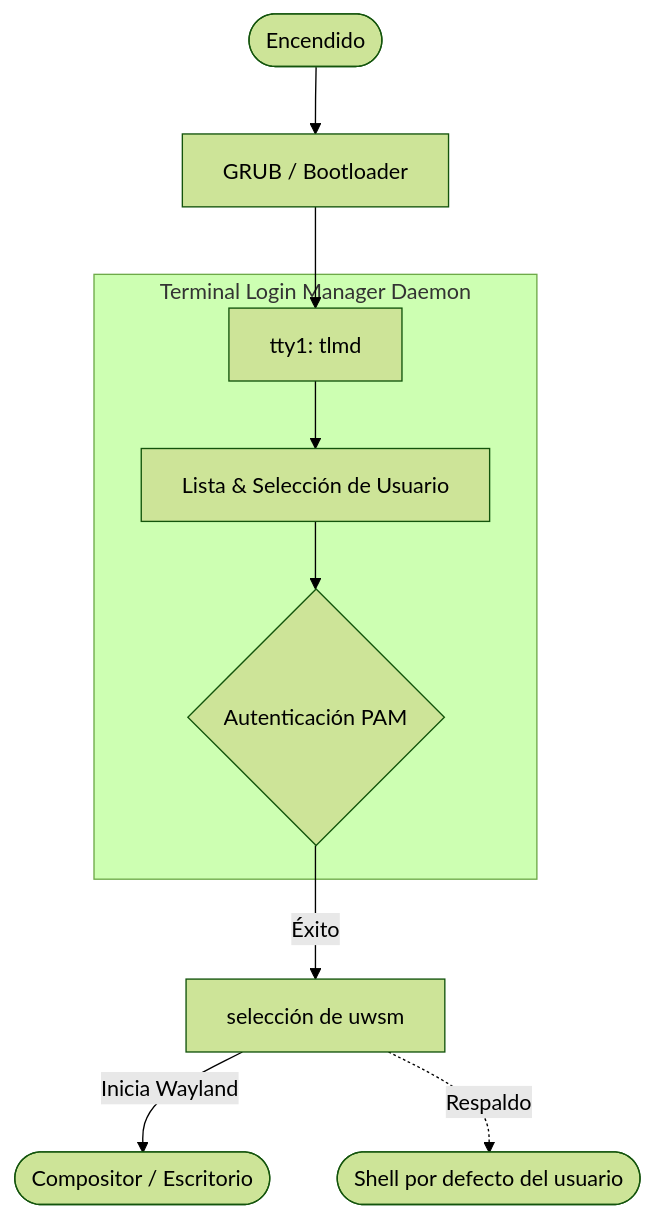
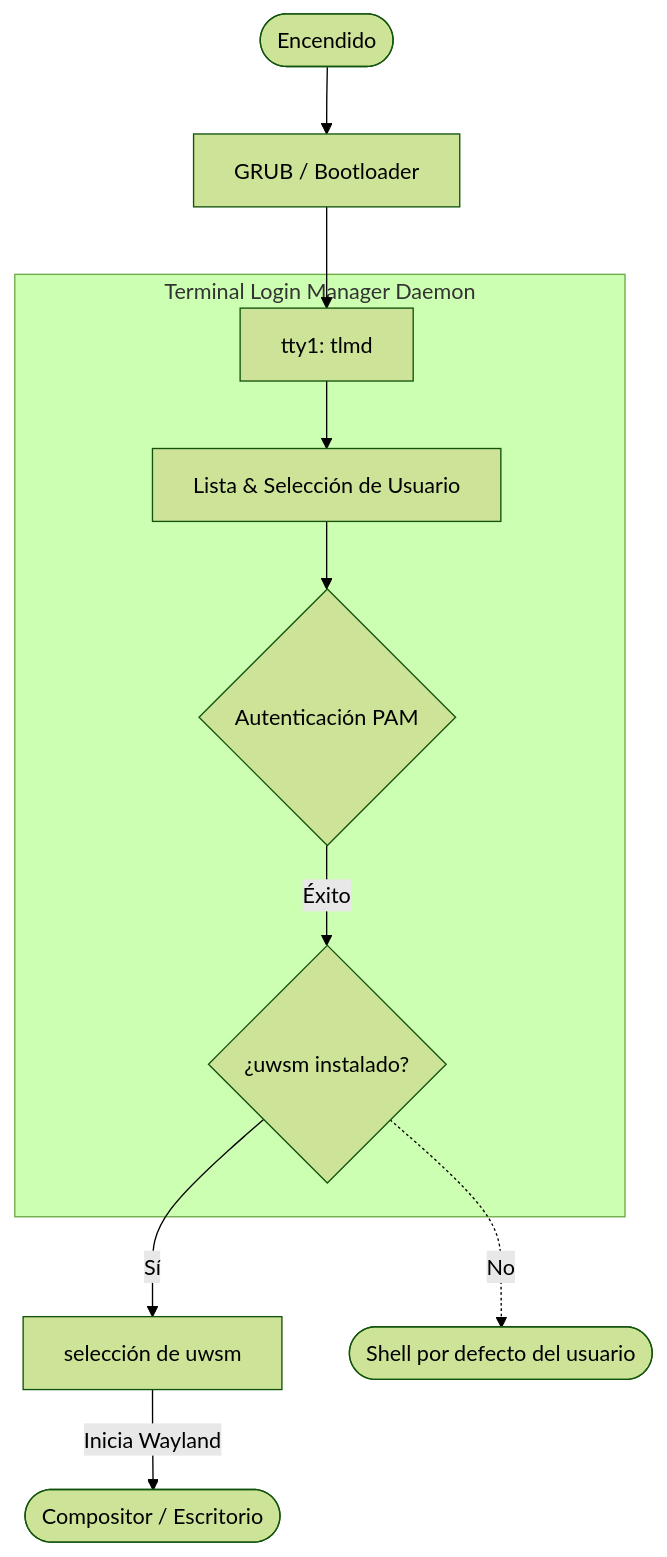
Before and after one commit to 2004sfm/tlmd: the diagram in README.es.md, drawn with Mermaid (forest theme). The commit also changed 1 other file, not shown here.

Commit message:
docs: update flowchart to include uwsm check decision diamond

````diff
--- a/README.es.md
+++ b/README.es.md
@@ -25,15 +25,16 @@
 ```mermaid
 graph TD
     A([Encendido]) --> B[GRUB / Bootloader]
     B --> C[tty1: tlmd]
     
     subgraph Terminal Login Manager Daemon
     C --> D[Lista & Selección de Usuario]
     D --> E{Autenticación PAM}
+    E -->|Éxito| F{¿uwsm instalado?}
     end
     
-    E -->|Éxito| F[selección de uwsm]
+    F -->|Sí| G[selección de uwsm]
+    F -.->|No| H([Shell por defecto del usuario])
     
-    F -->|Inicia Wayland| G([Compositor / Escritorio])
-    F -.->|Respaldo| H([Shell por defecto del usuario])
+    G -->|Inicia Wayland| I([Compositor / Escritorio])
 ```
````
